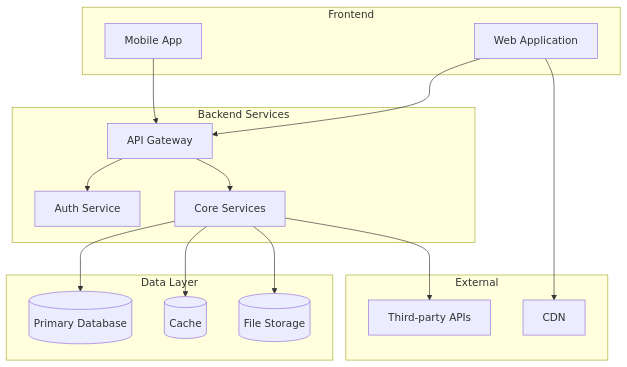
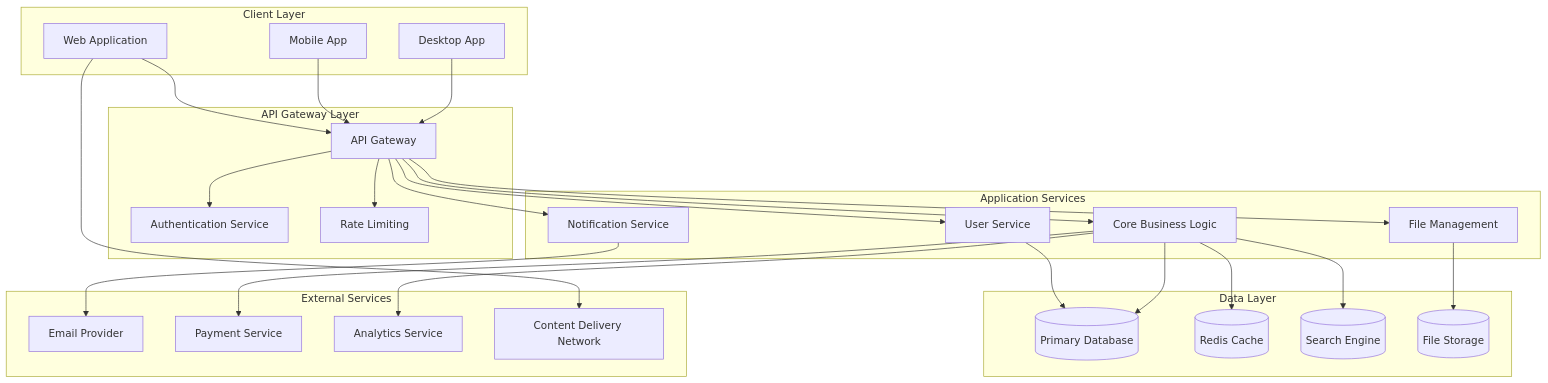
Before and after one commit to slamb2k/spec-chain: the first of 2 diagrams in .claude/commands/spec-chain/doc-prompt-technical.md, drawn with Mermaid. The commit also changed other lines of this file and 33 other files, not shown here.

````diff
--- a/.claude/commands/spec-chain/doc-prompt-technical.md
+++ b/.claude/commands/spec-chain/doc-prompt-technical.md
@@ -64,34 +113,56 @@
 ```mermaid
 graph TB
-    subgraph "Frontend"
-        UI[Web Application]
+    subgraph "Client Layer"
+        Web[Web Application]
         Mobile[Mobile App]
+        Desktop[Desktop App]
     end
-    
-    subgraph "Backend Services"
-        API[API Gateway]
-        Auth[Auth Service]
-        Core[Core Services]
+
+    subgraph "API Gateway Layer"
+        Gateway[API Gateway]
+        Auth[Authentication Service]
+        RateLimit[Rate Limiting]
     end
-    
+
+    subgraph "Application Services"
+        UserService[User Service]
+        CoreService[Core Business Logic]
+        NotificationService[Notification Service]
+        FileService[File Management]
+    end
+
     subgraph "Data Layer"
-        DB[(Primary Database)]
-        Cache[(Cache)]
-        Files[(File Storage)]
+        PrimaryDB[(Primary Database)]
+        Cache[(Redis Cache)]
+        SearchDB[(Search Engine)]
+        FileStorage[(File Storage)]
     end
-    
-    subgraph "External"
-        Third[Third-party APIs]
-        CDN[CDN]
+
+    subgraph "External Services"
+        EmailService[Email Provider]
+        PaymentGateway[Payment Service]
+        Analytics[Analytics Service]
+        CDN[Content Delivery Network]
     end
-    
-    UI --> API
-    Mobile --> API
-    API --> Auth
-    API --> Core
-    Core --> DB
-    Core --> Cache
-    Core --> Files
-    Core --> Third
-    UI --> CDN
+
+    Web --> Gateway
+    Mobile --> Gateway
+    Desktop --> Gateway
+    Gateway --> Auth
+    Gateway --> RateLimit
+    Gateway --> UserService
+    Gateway --> CoreService
+    Gateway --> NotificationService
+    Gateway --> FileService
+
+    UserService --> PrimaryDB
+    CoreService --> PrimaryDB
+    CoreService --> Cache
+    CoreService --> SearchDB
+    FileService --> FileStorage
+
+    NotificationService --> EmailService
+    CoreService --> PaymentGateway
+    CoreService --> Analytics
+    Web --> CDN
 ```
````
